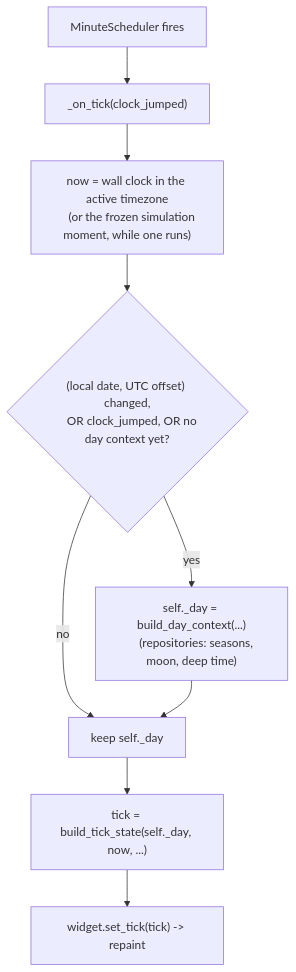
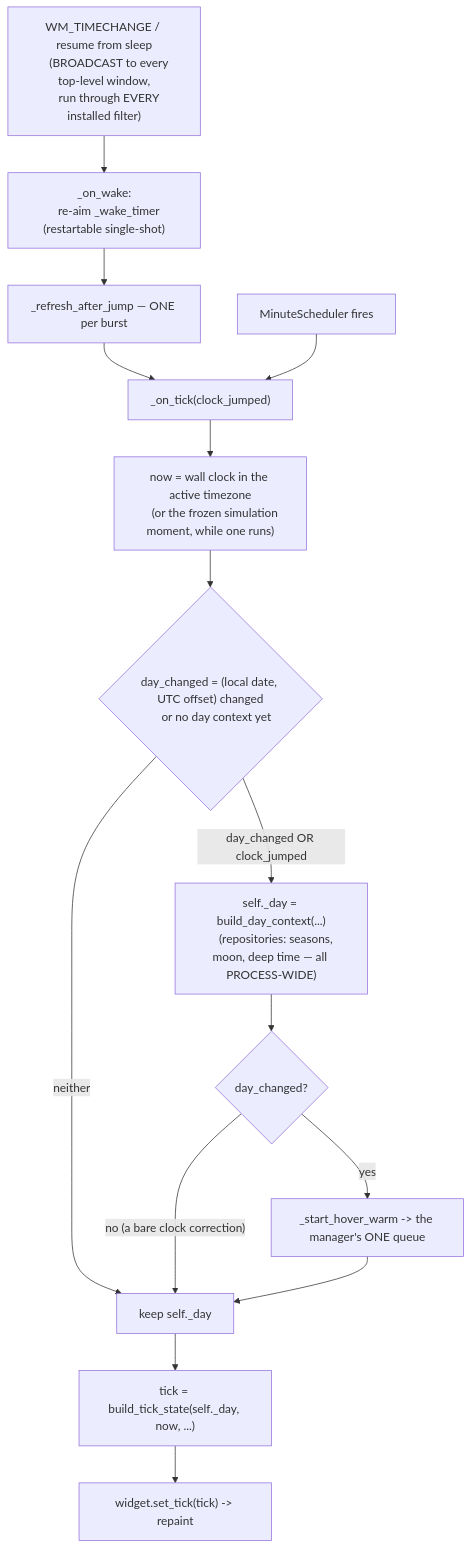
The first of 4 diagrams in app/__flow/controller.md (UVuruna/Watch-Academy), drawn with Mermaid before and after one commit. The commit also changed other lines of this file and 9 other files, not shown here.

````diff
--- a/app/__flow/controller.md
+++ b/app/__flow/controller.md
@@ -7,15 +7,24 @@
 ```mermaid
 %%{init: {'flowchart': {'subGraphTitleMargin': {'top': 0, 'bottom': 35}}}}%%
 flowchart TB
+    W["WM_TIMECHANGE / resume from sleep
+    (BROADCAST to every top-level window,
+    run through EVERY installed filter)"] --> WC["_on_wake:
+    re-aim _wake_timer (restartable single-shot)"]
+    WC --> WR["_refresh_after_jump — ONE per burst"]
+    WR --> B
     A[MinuteScheduler fires] --> B["_on_tick(clock_jumped)"]
     B --> C["now = wall clock in the active timezone
     (or the frozen simulation moment, while one runs)"]
-    C --> D{"(local date, UTC offset) changed,
-    OR clock_jumped, OR no day context yet?"}
-    D -- yes --> E["self._day = build_day_context(...)
-    (repositories: seasons, moon, deep time)"]
-    D -- no --> F[keep self._day]
-    E --> F
+    C --> D{"day_changed = (local date, UTC offset) changed
+    or no day context yet"}
+    D -- "day_changed OR clock_jumped" --> E["self._day = build_day_context(...)
+    (repositories: seasons, moon, deep time — all PROCESS-WIDE)"]
+    D -- neither --> F[keep self._day]
+    E --> S{"day_changed?"}
+    S -- yes --> HW["_start_hover_warm -> the manager's ONE queue"]
+    S -- "no (a bare clock correction)" --> F
+    HW --> F
     F --> G["tick = build_tick_state(self._day, now, ...)"]
     G --> H["widget.set_tick(tick) -> repaint"]
 ```
````
